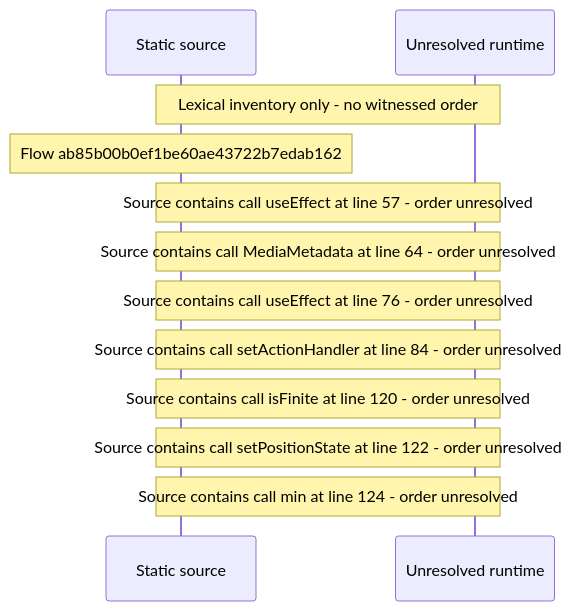
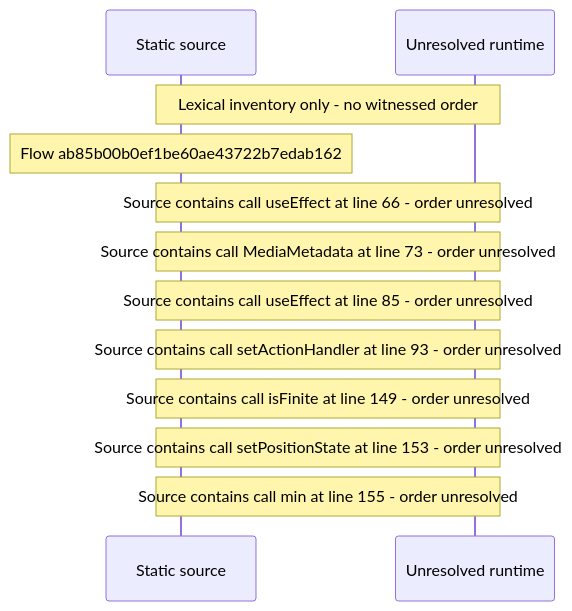
One commit to beamfall/core changed the diagram in docs/web/flows/generated/ab85b00b0ef1be60ae43722b7edab162/flow-diagram.md. Above: the diagram before and after it, drawn with Mermaid. The commit also changed other lines of this file and 714 other files, not shown here.

Commit message:
Regenerate the web flow record on the batch 5 head (CORE-1762)

````diff
--- a/docs/web/flows/generated/ab85b00b0ef1be60ae43722b7edab162/flow-diagram.md
+++ b/docs/web/flows/generated/ab85b00b0ef1be60ae43722b7edab162/flow-diagram.md
@@ -10,14 +10,14 @@
 ```mermaid
 sequenceDiagram
     participant S as Static source
     participant U as Unresolved runtime
     Note over S,U: Lexical inventory only - no witnessed order
     Note over S: Flow ab85b00b0ef1be60ae43722b7edab162
-    Note over S,U: Source contains call useEffect at line 57 - order unresolved
-    Note over S,U: Source contains call MediaMetadata at line 64 - order unresolved
-    Note over S,U: Source contains call useEffect at line 76 - order unresolved
-    Note over S,U: Source contains call setActionHandler at line 84 - order unresolved
-    Note over S,U: Source contains call isFinite at line 120 - order unresolved
-    Note over S,U: Source contains call setPositionState at line 122 - order unresolved
-    Note over S,U: Source contains call min at line 124 - order unresolved
+    Note over S,U: Source contains call useEffect at line 66 - order unresolved
+    Note over S,U: Source contains call MediaMetadata at line 73 - order unresolved
+    Note over S,U: Source contains call useEffect at line 85 - order unresolved
+    Note over S,U: Source contains call setActionHandler at line 93 - order unresolved
+    Note over S,U: Source contains call isFinite at line 149 - order unresolved
+    Note over S,U: Source contains call setPositionState at line 153 - order unresolved
+    Note over S,U: Source contains call min at line 155 - order unresolved
 ```
````
